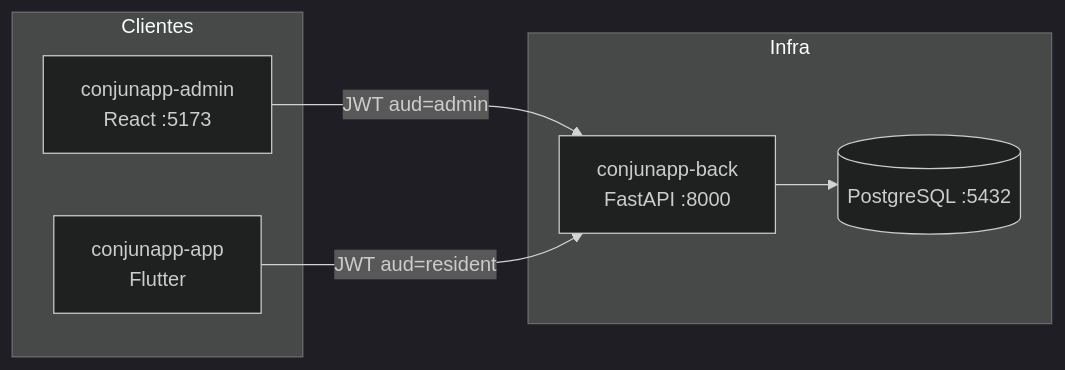
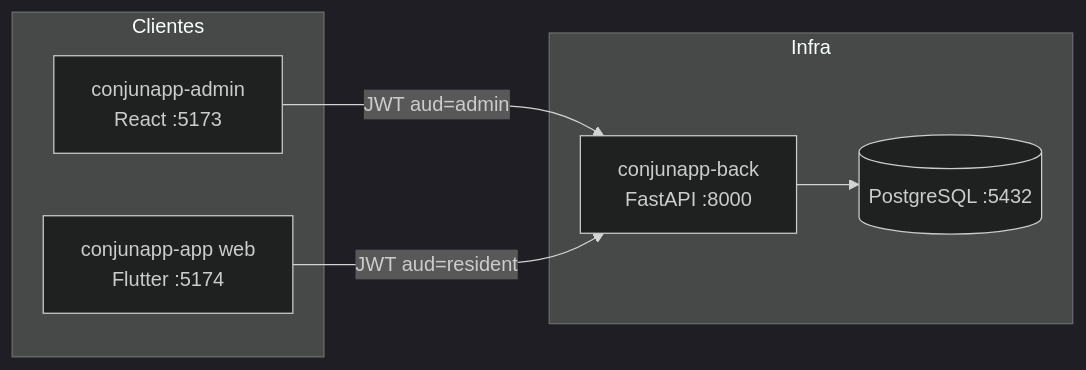
One commit to Jonathan-Correa/conjuntos changed the first of 2 diagrams in README.md. Above: the diagram before and after it, drawn with Mermaid (dark theme). The commit also changed other lines of this file and 6 other files, not shown here.

First line of the commit message:
Expose resident Flutter web on Compose port 5174.

````diff
--- a/README.md
+++ b/README.md
@@ -19,16 +19,16 @@
 ```mermaid
 flowchart LR
   subgraph Clientes
     Admin[conjunapp-admin<br/>React :5173]
-    App[conjunapp-app<br/>Flutter]
+    App[conjunapp-app web<br/>Flutter :5174]
   end
 
   subgraph Infra
     API[conjunapp-back<br/>FastAPI :8000]
     DB[(PostgreSQL :5432)]
   end
 
   Admin -->|JWT aud=admin| API
   App -->|JWT aud=resident| API
   API --> DB
 ```
````
